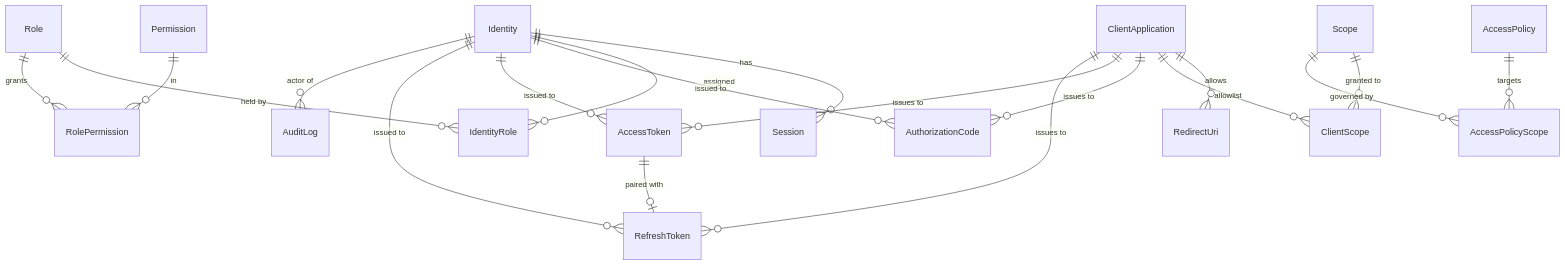
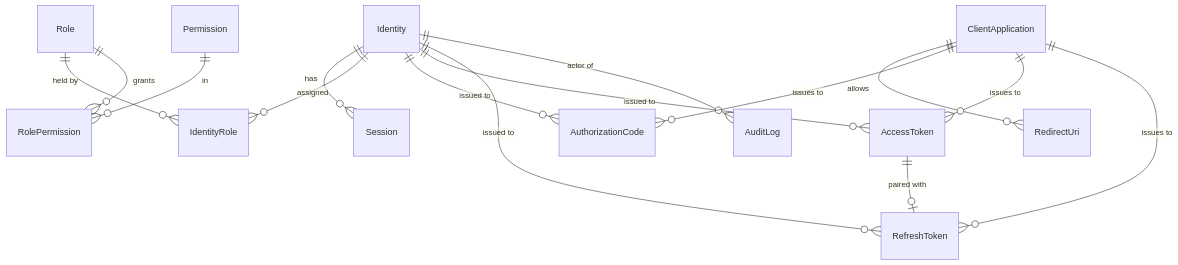
Before and after one commit to mosup16/SW-IDP: the first of 4 diagrams in design/ERD.md, drawn with Mermaid. The commit also changed other lines of this file and 1 other file, not shown here.

````diff
--- a/design/ERD.md
+++ b/design/ERD.md
@@ -17,21 +17,17 @@
 ```mermaid
 erDiagram
     Identity ||--o{ Session : "has"
     Identity ||--o{ IdentityRole : "assigned"
     Role ||--o{ IdentityRole : "held by"
     Role ||--o{ RolePermission : "grants"
     Permission ||--o{ RolePermission : "in"
     Identity ||--o{ AuthorizationCode : "issued to"
     Identity ||--o{ AccessToken : "issued to"
     Identity ||--o{ RefreshToken : "issued to"
     Identity ||--o{ AuditLog : "actor of"
     ClientApplication ||--o{ RedirectUri : "allows"
-    ClientApplication ||--o{ ClientScope : "allowlist"
-    Scope ||--o{ ClientScope : "granted to"
     ClientApplication ||--o{ AuthorizationCode : "issues to"
     ClientApplication ||--o{ AccessToken : "issues to"
     ClientApplication ||--o{ RefreshToken : "issues to"
     AccessToken ||--o| RefreshToken : "paired with"
-    AccessPolicy ||--o{ AccessPolicyScope : "targets"
-    Scope ||--o{ AccessPolicyScope : "governed by"
 ```
````
